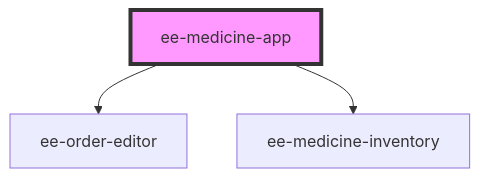
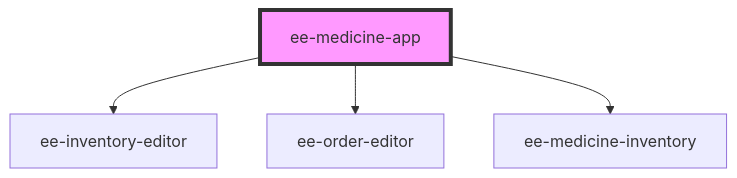
The diagram in src/components/ee-medicine-app/readme.md (undy45/medicine-inventory), drawn with Mermaid before and after one commit. The commit also changed other lines of this file and 44 other files, not shown here.

````diff
--- a/src/components/ee-medicine-app/readme.md
+++ b/src/components/ee-medicine-app/readme.md
@@ -23,6 +26,7 @@
 ```mermaid
 graph TD;
+  ee-medicine-app --> ee-inventory-editor
   ee-medicine-app --> ee-order-editor
   ee-medicine-app --> ee-medicine-inventory
   style ee-medicine-app fill:#f9f,stroke:#333,stroke-width:4px
 ```
````
